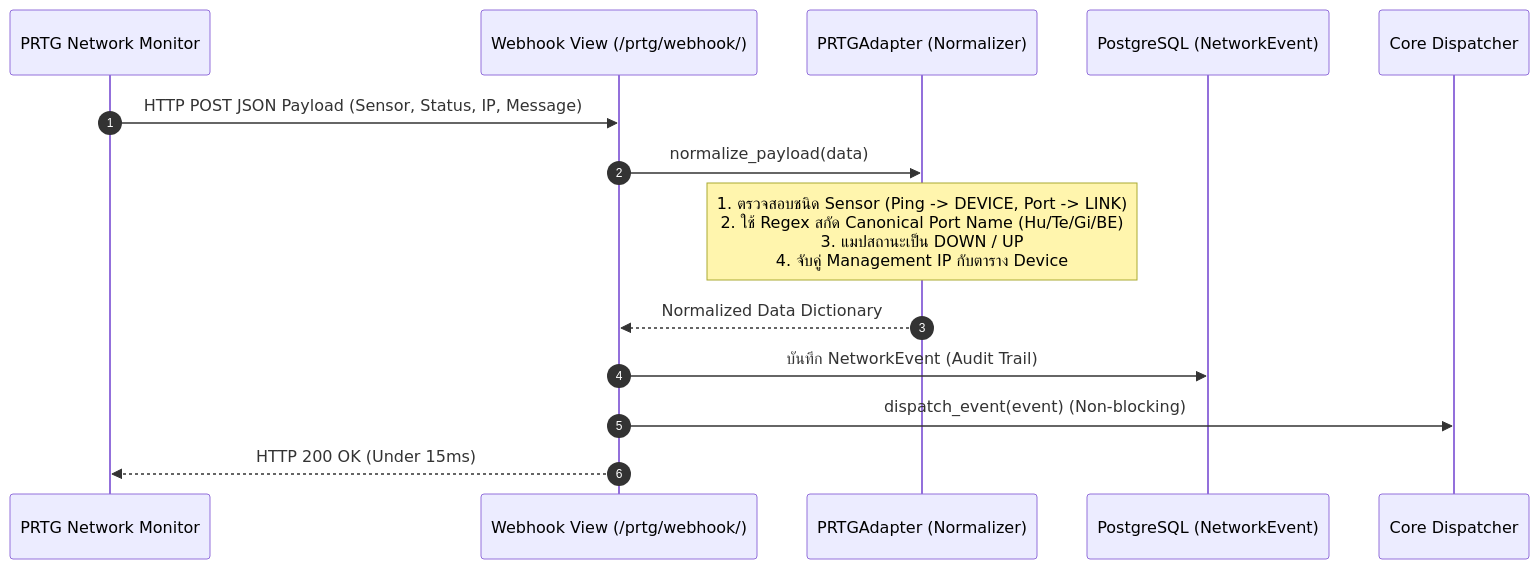
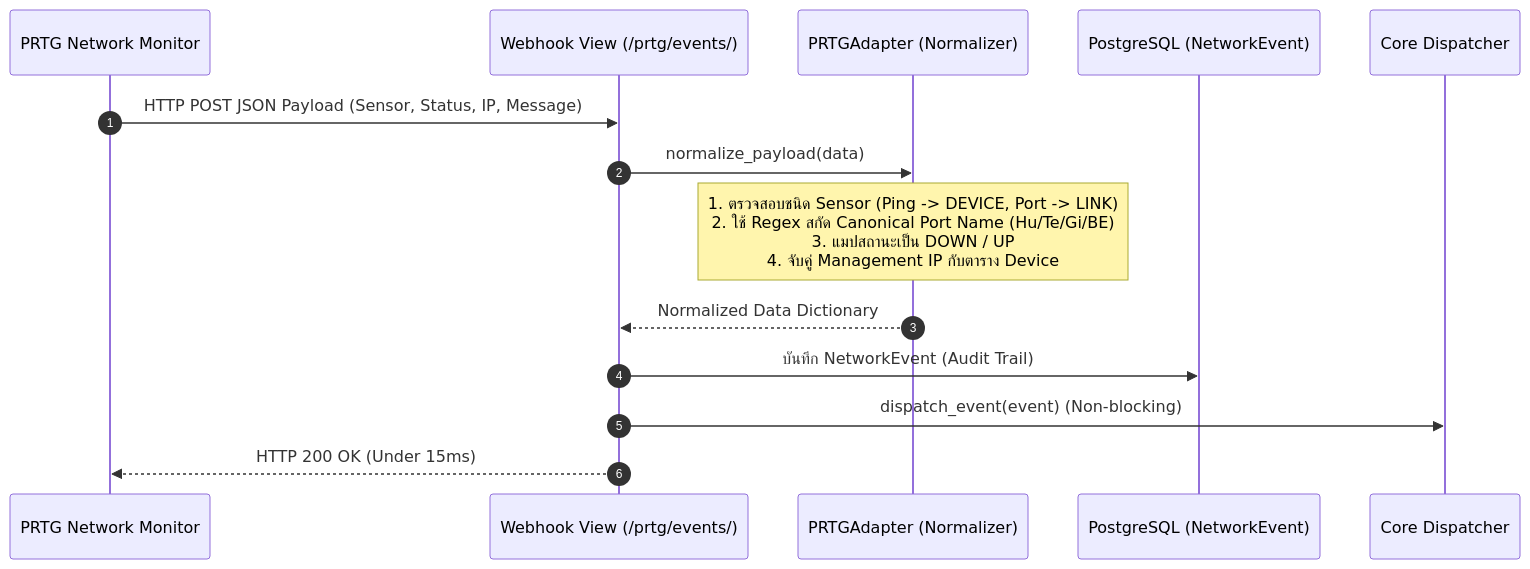
Before and after one commit to gnohpmos/event-analyzer: the second of 5 diagrams in system_workflow_update.md, drawn with Mermaid. The commit also changed other lines of this file and 1 other file, not shown here.

````diff
--- a/system_workflow_update.md
+++ b/system_workflow_update.md
@@ -98,17 +113,17 @@
 ```mermaid
 sequenceDiagram
     autonumber
     participant PRTG as PRTG Network Monitor
-    participant Webhook as Webhook View (/prtg/webhook/)
+    participant Webhook as Webhook View (/prtg/events/)
     participant Adapter as PRTGAdapter (Normalizer)
     participant DB as PostgreSQL (NetworkEvent)
     participant Dispatcher as Core Dispatcher
 
     PRTG->>Webhook: HTTP POST JSON Payload (Sensor, Status, IP, Message)
     Webhook->>Adapter: normalize_payload(data)
     Note over Adapter: 1. ตรวจสอบชนิด Sensor (Ping -> DEVICE, Port -> LINK)<br/>2. ใช้ Regex สกัด Canonical Port Name (Hu/Te/Gi/BE)<br/>3. แมปสถานะเป็น DOWN / UP<br/>4. จับคู่ Management IP กับตาราง Device
     Adapter-->>Webhook: Normalized Data Dictionary
     Webhook->>DB: บันทึก NetworkEvent (Audit Trail)
     Webhook->>Dispatcher: dispatch_event(event) (Non-blocking)
     Webhook-->>PRTG: HTTP 200 OK (Under 15ms)
 ```
````
